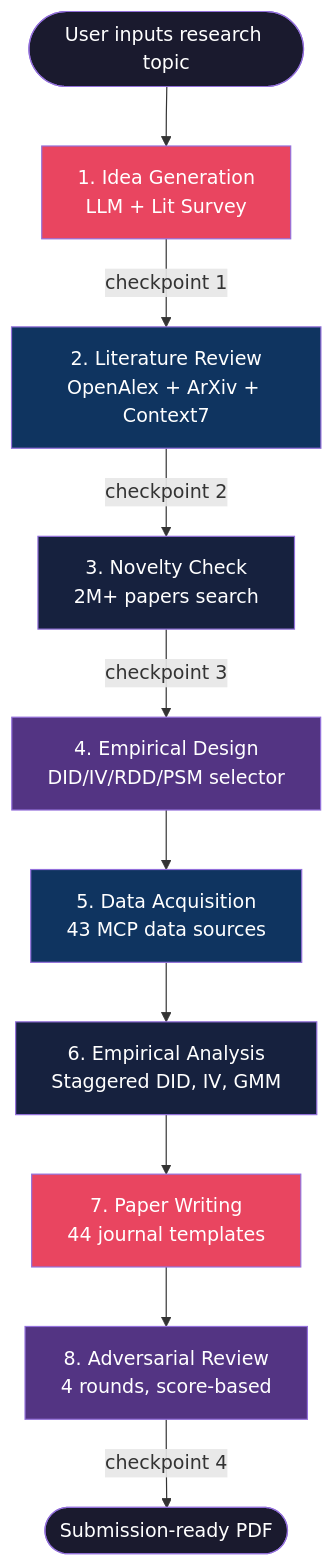
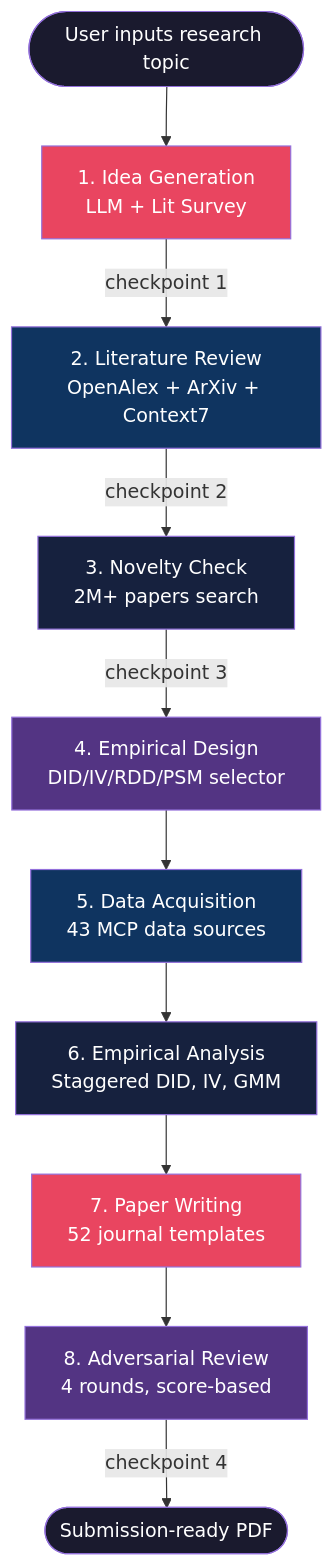
Before and after one commit to csmar432/finai-research: the first of 3 diagrams in README.md, drawn with Mermaid. The commit also changed other lines of this file and 5 other files, not shown here.

````diff
--- a/README.md
+++ b/README.md
@@ -495,23 +495,23 @@
 ```mermaid
 flowchart TD
     Start([User inputs research topic]) --> S1[1. Idea Generation<br/>LLM + Lit Survey]
     S1 -->|checkpoint 1| S2[2. Literature Review<br/>OpenAlex + ArXiv + Context7]
     S2 -->|checkpoint 2| S3[3. Novelty Check<br/>2M+ papers search]
     S3 -->|checkpoint 3| S4[4. Empirical Design<br/>DID/IV/RDD/PSM selector]
     S4 --> S5[5. Data Acquisition<br/>43 MCP data sources]
     S5 --> S6[6. Empirical Analysis<br/>Staggered DID, IV, GMM]
-    S6 --> S7[7. Paper Writing<br/>44 journal templates]
+    S6 --> S7[7. Paper Writing<br/>52 journal templates]
     S7 --> S8[8. Adversarial Review<br/>4 rounds, score-based]
     S8 -->|checkpoint 4| Done([Submission-ready PDF])
 
     style S1 fill:#e94560,color:#fff
     style S2 fill:#0f3460,color:#fff
     style S3 fill:#16213e,color:#fff
     style S4 fill:#533483,color:#fff
     style S5 fill:#0f3460,color:#fff
     style S6 fill:#16213e,color:#fff
     style S7 fill:#e94560,color:#fff
     style S8 fill:#533483,color:#fff
     style Start fill:#1a1a2e,color:#fff
     style Done fill:#1a1a2e,color:#fff
 ```
````
